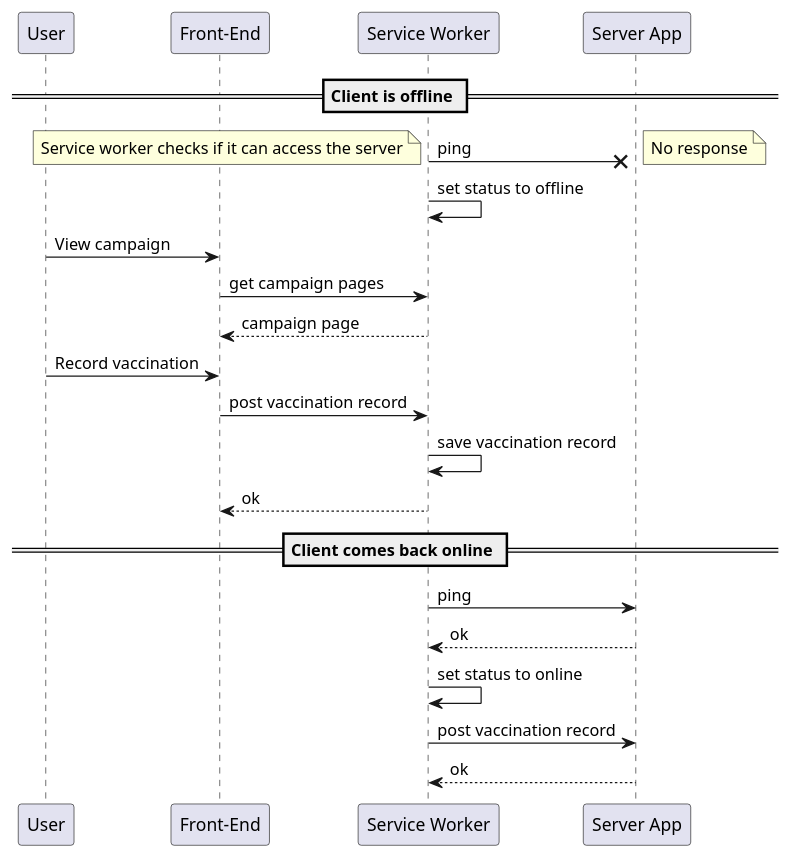
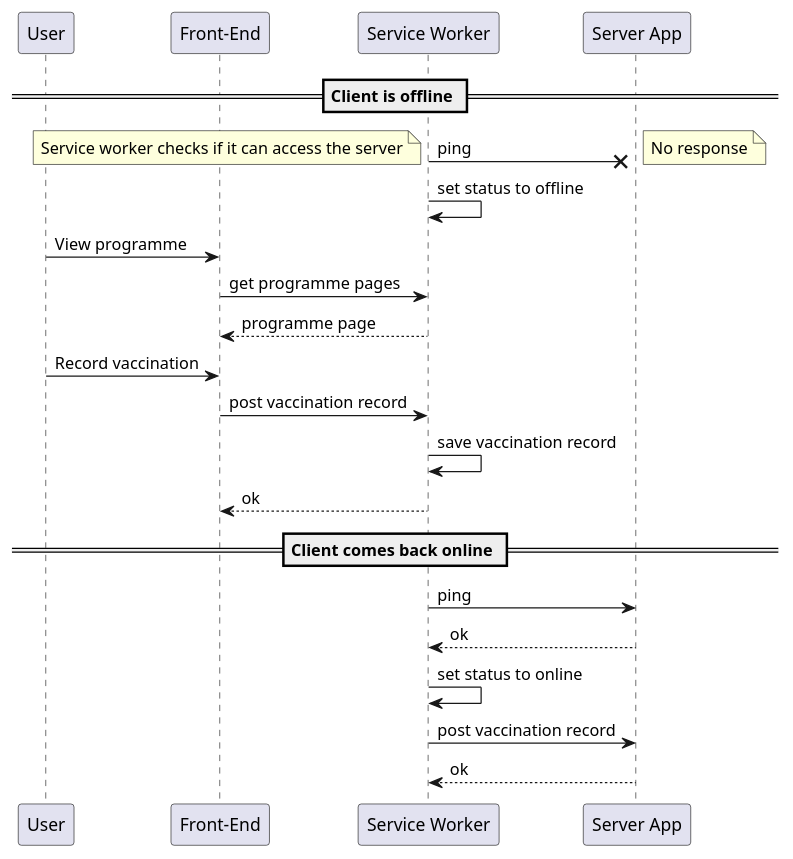
One commit to nhsuk/manage-vaccinations-in-schools changed the diagram in docs/diagrams/recording-vaccination-while-offline-sequence-diagram.puml. Above: the diagram before and after it, drawn with PlantUML. The commit also changed 180 other files, not shown here.

```diff
--- a/docs/diagrams/recording-vaccination-while-offline-sequence-diagram.puml
+++ b/docs/diagrams/recording-vaccination-while-offline-sequence-diagram.puml
@@ -1,30 +1,30 @@
 @startuml
 
 participant "User" as user
 participant "Front-End" as frontend
 participant "Service Worker" as sw
 participant "Server App" as server
 
 == Client is offline ==
 sw ->x server: ping
 note left: Service worker checks if it can access the server
 note right: No response
 sw -> sw: set status to offline
 
-user -> frontend: View campaign
-frontend -> sw: get campaign pages
-frontend <-- sw: campaign page
+user -> frontend: View programme
+frontend -> sw: get programme pages
+frontend <-- sw: programme page
 
 user -> frontend: Record vaccination
 frontend -> sw: post vaccination record
 sw -> sw: save vaccination record
 frontend <-- sw: ok
 
 == Client comes back online ==
 sw -> server: ping
 sw <-- server: ok
 sw -> sw: set status to online
 sw -> server: post vaccination record
 sw <-- server: ok
 
 @enduml
```
